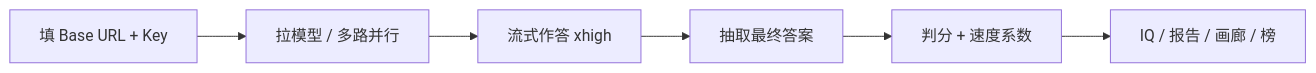
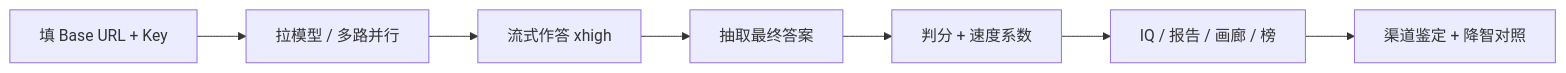
The diagram in README.md (yclenove/iqbench), drawn with Mermaid before and after one commit. The commit also changed other lines of this file, not shown here.

````diff
--- a/README.md
+++ b/README.md
@@ -67,8 +66,9 @@
 ```mermaid
 flowchart LR
   A[填 Base URL + Key] --> B[拉模型 / 多路并行]
   B --> C[流式作答 xhigh]
   C --> D[抽取最终答案]
   D --> E[判分 + 速度系数]
   E --> F[IQ / 报告 / 画廊 / 榜]
+  F --> G[渠道鉴定 + 降智对照]
 ```
````
